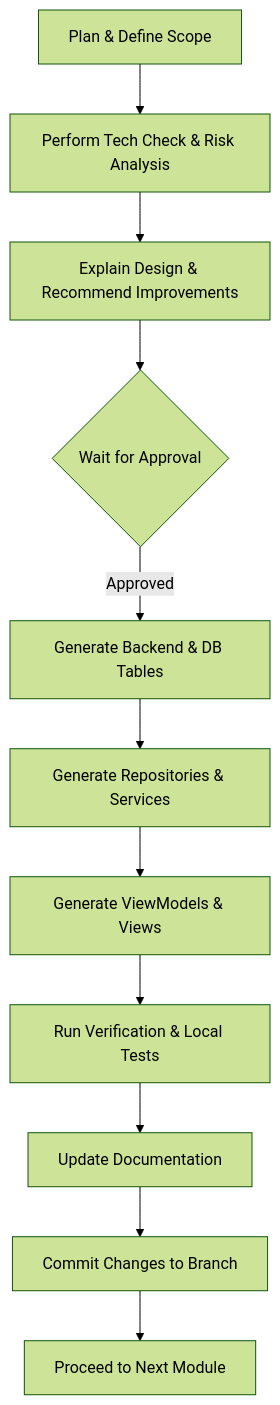
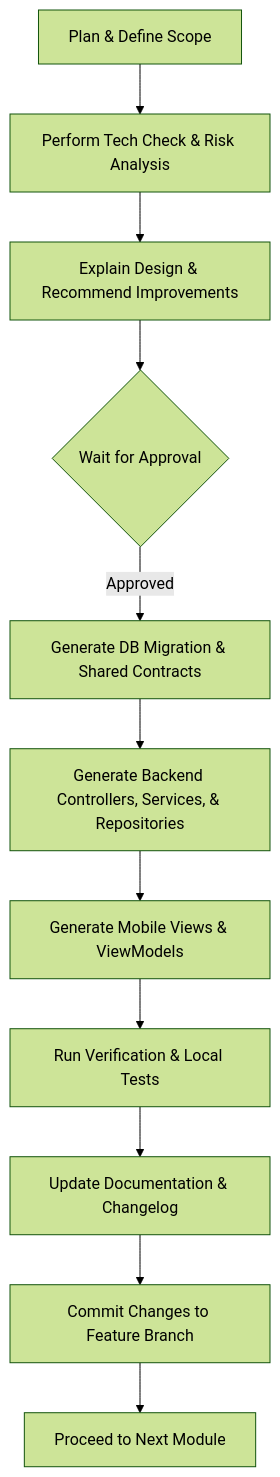
One commit to Kimchi991/GYM-TRACK changed the diagram in docs/01_Agent_Guidelines.md. Above: the diagram before and after it, drawn with Mermaid (forest theme). The commit also changed other lines of this file and 7 other files, not shown here.

````diff
--- a/docs/01_Agent_Guidelines.md
+++ b/docs/01_Agent_Guidelines.md
@@ -48,13 +73,13 @@
 ```mermaid
 graph TD
     A[Plan & Define Scope] --> B[Perform Tech Check & Risk Analysis]
     B --> C[Explain Design & Recommend Improvements]
     C --> D{Wait for Approval}
-    D -- Approved --> E[Generate Backend & DB Tables]
-    E --> F[Generate Repositories & Services]
-    F --> G[Generate ViewModels & Views]
+    D -- Approved --> E[Generate DB Migration & Shared Contracts]
+    E --> F[Generate Backend Controllers, Services, & Repositories]
+    F --> G[Generate Mobile Views & ViewModels]
     G --> H[Run Verification & Local Tests]
-    H --> I[Update Documentation]
-    I --> J[Commit Changes to Branch]
+    H --> I[Update Documentation & Changelog]
+    I --> J[Commit Changes to Feature Branch]
     J --> K[Proceed to Next Module]
 ```
````
